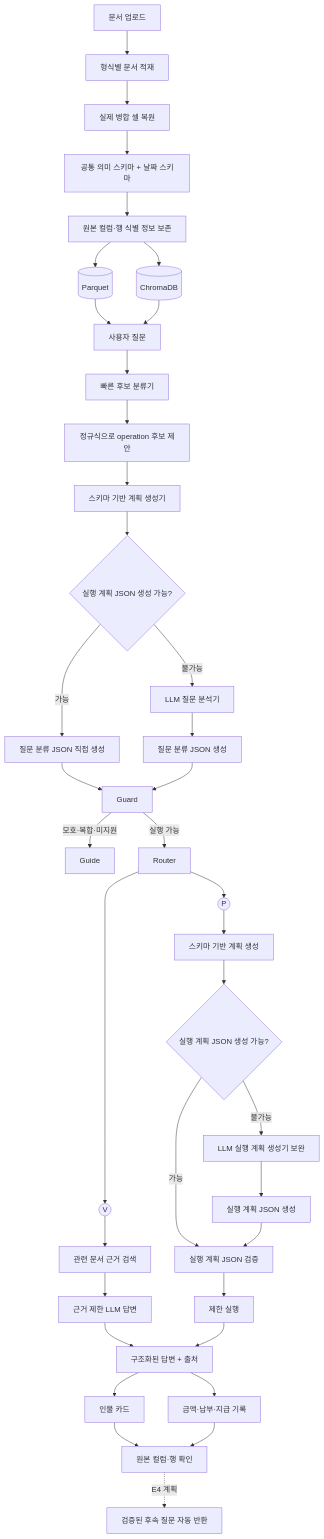
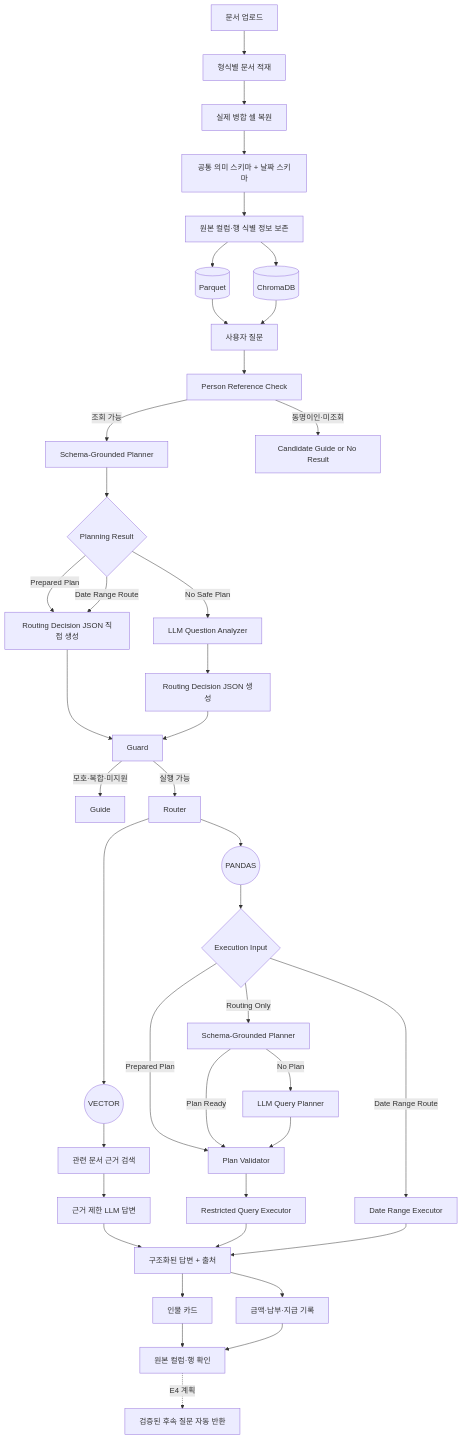
Before and after one commit to knu-2026-summer-main-enhancement/finance-doc-agent: diagram 16 of 16 in README.md, drawn with Mermaid. The commit also changed other lines of this file, not shown here.

Commit message:
Document English routing architecture

````diff
--- a/README.md
+++ b/README.md
@@ -648,48 +701,51 @@
 ```mermaid
 flowchart TD
     U[문서 업로드] --> I[형식별 문서 적재]
     I --> M[실제 병합 셀 복원]
     M --> S[공통 의미 스키마 + 날짜 스키마]
     S --> O[원본 컬럼·행 식별 정보 보존]
     O --> DB1[(Parquet)]
     O --> DB2[(ChromaDB)]
 
     DB1 --> Q[사용자 질문]
     DB2 --> Q
 
-    Q --> PR[빠른 후보 분류기]
-    PR --> OP[정규식으로 operation 후보 제안]
-    OP --> DP[스키마 기반 계획 생성기]
-    DP --> PC{실행 계획 JSON 생성 가능?}
-    PC -->|가능| RJ[질문 분류 JSON 직접 생성]
-    PC -->|불가능| LQ[LLM 질문 분석기]
-    LQ --> RJ2[질문 분류 JSON 생성]
+    Q --> NRC[Person Reference Check]
+    NRC -->|조회 가능| DP[Schema-Grounded Planner]
+    NRC -->|동명이인·미조회| NR[Candidate Guide or No Result]
+    DP --> PC{Planning Result}
+    PC -->|Prepared Plan| RJ[Routing Decision JSON 직접 생성]
+    PC -->|Date Range Route| RJ
+    PC -->|No Safe Plan| LQ[LLM Question Analyzer]
+    LQ --> RJ2[Routing Decision JSON 생성]
 
     RJ --> G[Guard]
     RJ2 --> G
     G -->|모호·복합·미지원| GUIDE[Guide]
     G -->|실행 가능| R[Router]
 
-    R --> V((V))
-    R --> P((P))
+    R --> V((VECTOR))
+    R --> P((PANDAS))
 
     V --> VS[관련 문서 근거 검색]
     VS --> VA[근거 제한 LLM 답변]
 
-    P --> PD[스키마 기반 계획 생성]
-    PD --> PC2{실행 계획 JSON 생성 가능?}
-    PC2 -->|가능| PV[실행 계획 JSON 검증]
-    PC2 -->|불가능| PQ[LLM 실행 계획 생성기 보완]
-    PQ --> PJ[실행 계획 JSON 생성]
-    PJ --> PV
-    PV --> PE[제한 실행]
+    P --> PI{Execution Input}
+    PI -->|Prepared Plan| PV[Plan Validator]
+    PI -->|Date Range Route| DE[Date Range Executor]
+    PI -->|Routing Only| PD[Schema-Grounded Planner]
+    PD -->|Plan Ready| PV
+    PD -->|No Plan| PQ[LLM Query Planner]
+    PQ --> PV
+    PV --> PE[Restricted Query Executor]
 
     VA --> A[구조화된 답변 + 출처]
     PE --> A
+    DE --> A
     A --> IC[인물 카드]
     A --> MR[금액·납부·지급 기록]
     IC --> OR[원본 컬럼·행 확인]
     MR --> OR
 
     OR -. E4 계획 .-> FQ[검증된 후속 질문 자동 반환]
 ```
````
